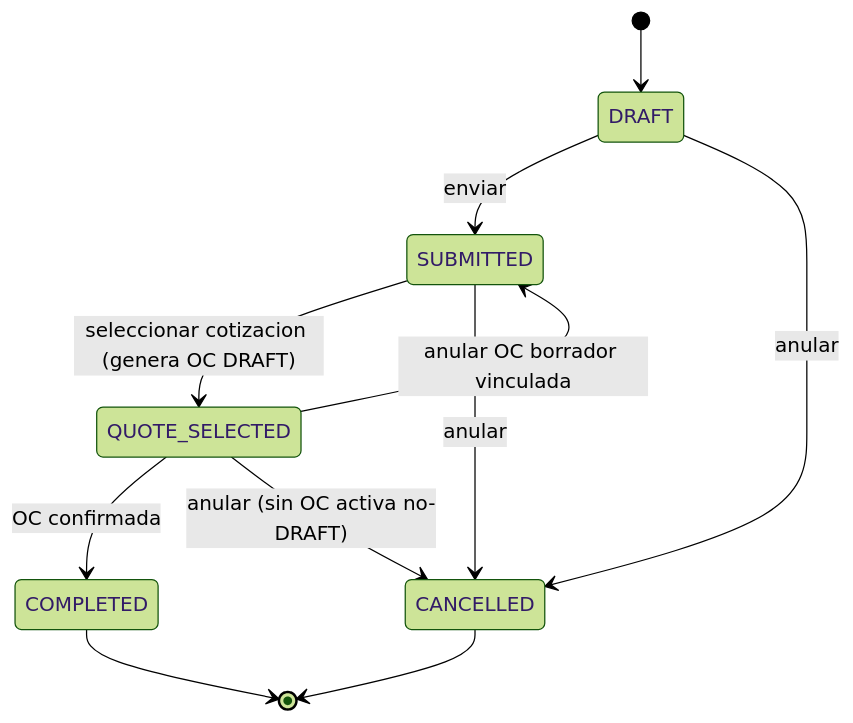
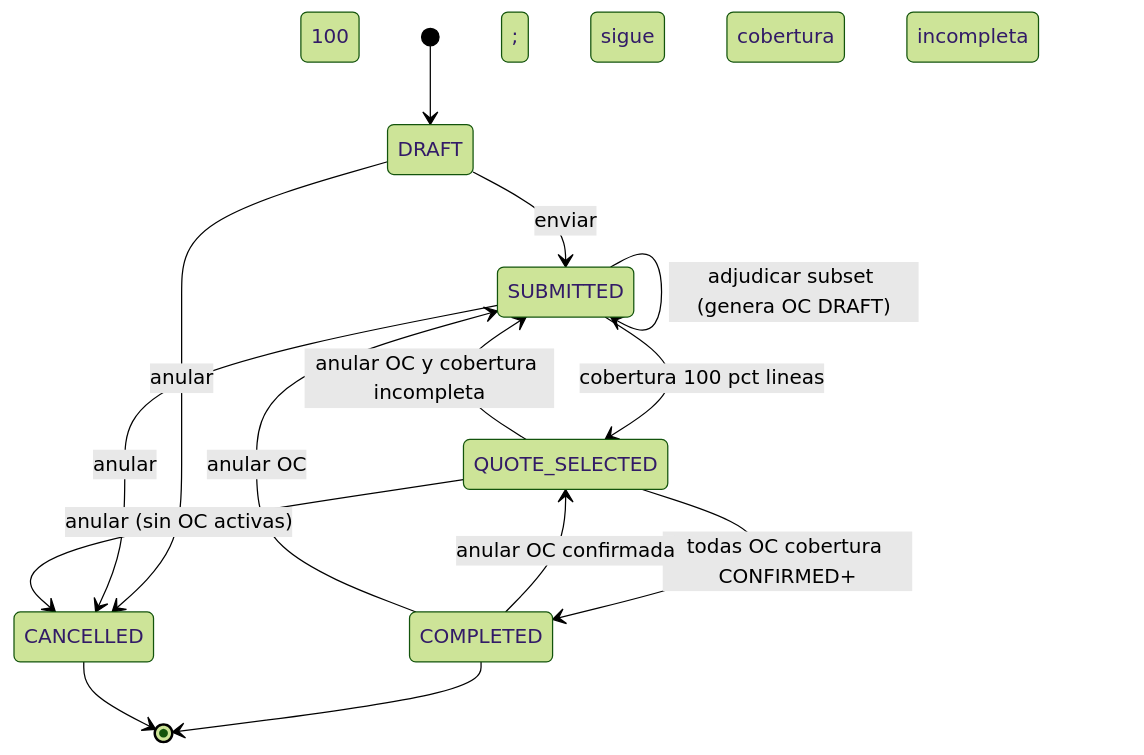
Before and after one commit to simonbravin/bloqer-v2: the eighth of 30 diagrams in docs/bloqer2.0/01-domain/STATE_MACHINES.md, drawn with Mermaid (forest theme). The commit also changed other lines of this file and 40 other files, not shown here.

````diff
--- a/docs/bloqer2.0/01-domain/STATE_MACHINES.md
+++ b/docs/bloqer2.0/01-domain/STATE_MACHINES.md
@@ -296,13 +296,16 @@
 ```mermaid
 stateDiagram-v2
   [*] --> DRAFT
   DRAFT --> SUBMITTED : enviar
   DRAFT --> CANCELLED : anular
-  SUBMITTED --> QUOTE_SELECTED : seleccionar cotizacion (genera OC DRAFT)
+  SUBMITTED --> SUBMITTED : adjudicar subset (genera OC DRAFT)
+  SUBMITTED --> QUOTE_SELECTED : cobertura 100 pct lineas
   SUBMITTED --> CANCELLED : anular
-  QUOTE_SELECTED --> COMPLETED : OC confirmada
-  QUOTE_SELECTED --> SUBMITTED : anular OC borrador vinculada
-  QUOTE_SELECTED --> CANCELLED : anular (sin OC activa no-DRAFT)
+  QUOTE_SELECTED --> COMPLETED : todas OC cobertura CONFIRMED+
+  QUOTE_SELECTED --> SUBMITTED : anular OC y cobertura incompleta
+  QUOTE_SELECTED --> CANCELLED : anular (sin OC activas)
+  COMPLETED --> QUOTE_SELECTED : anular OC confirmada; sigue cobertura 100
+  COMPLETED --> SUBMITTED : anular OC; cobertura incompleta
   COMPLETED --> [*]
   CANCELLED --> [*]
 ```
````
